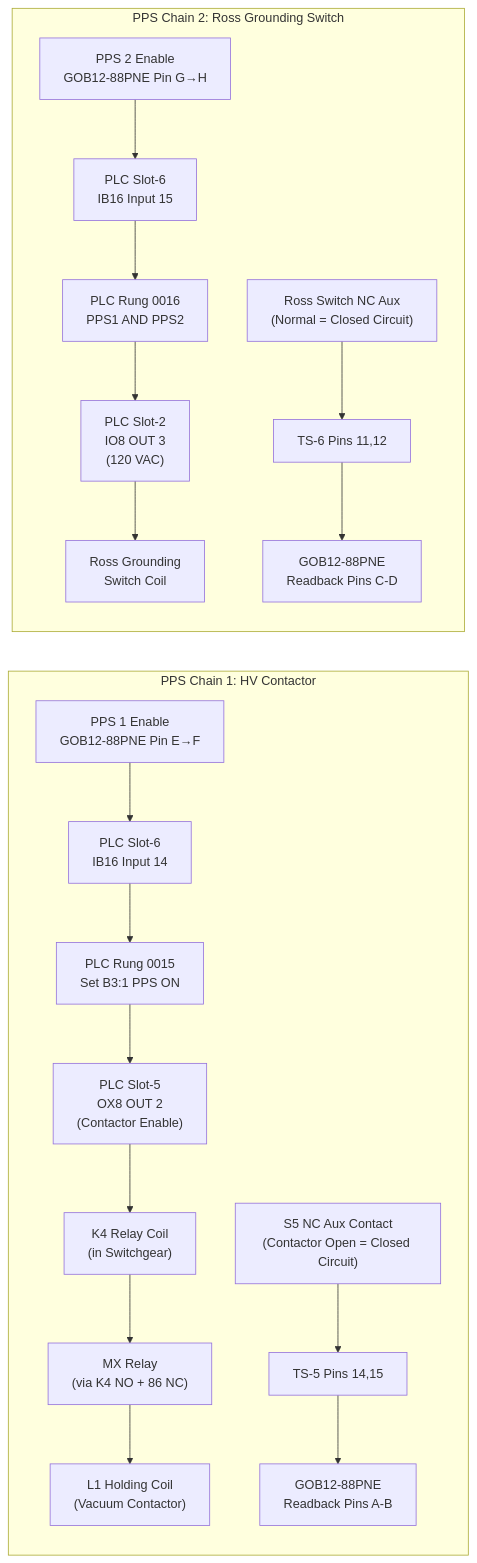
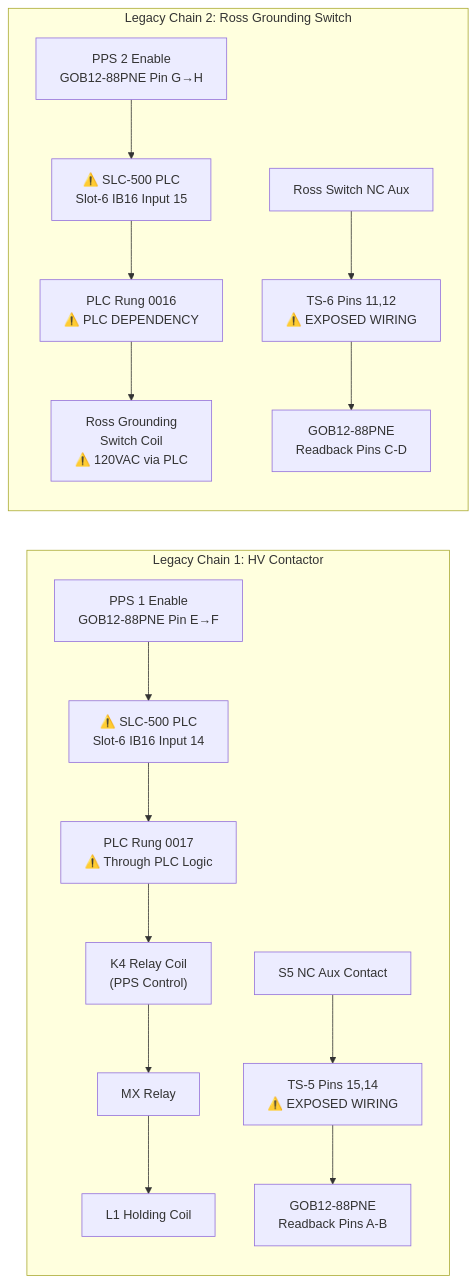
One commit to fayaw/spearlegacyLLRF changed the third of 4 diagrams in pps/diagrams/00_SYSTEM_OVERVIEW.md. Above: the diagram before and after it, drawn with Mermaid. The commit also changed other lines of this file and 3 other files, not shown here.

First line of the commit message:
Comprehensive system analysis: Current legacy + upgrade architecture

````diff
--- a/pps/diagrams/00_SYSTEM_OVERVIEW.md
+++ b/pps/diagrams/00_SYSTEM_OVERVIEW.md
@@ -95,26 +197,24 @@
 ```mermaid
 flowchart LR
-    subgraph CHAIN1["PPS Chain 1: HV Contactor"]
+    subgraph LEGACY_CHAIN1["Legacy Chain 1: HV Contactor"]
         direction TB
-        PPS1_IN["PPS 1 Enable<br/>GOB12-88PNE Pin E→F"] --> SLOT6_IN14["PLC Slot-6<br/>IB16 Input 14"]
-        SLOT6_IN14 --> RUNG0015["PLC Rung 0015<br/>Set B3:1 PPS ON"]
-        RUNG0015 --> SLOT5_OUT2["PLC Slot-5<br/>OX8 OUT 2<br/>(Contactor Enable)"]
-        SLOT5_OUT2 --> K4_COIL["K4 Relay Coil<br/>(in Switchgear)"]
-        K4_COIL --> MX_COIL["MX Relay<br/>(via K4 NO + 86 NC)"]
-        MX_COIL --> L1_HOLD["L1 Holding Coil<br/>(Vacuum Contactor)"]
+        PPS1_LEG["PPS 1 Enable<br/>GOB12-88PNE Pin E→F"] --> PLC_LEG["⚠️ SLC-500 PLC<br/>Slot-6 IB16 Input 14"]
+        PLC_LEG --> RUNG_LEG["PLC Rung 0017<br/>⚠️ Through PLC Logic"]
+        RUNG_LEG --> K4_LEG["K4 Relay Coil<br/>(PPS Control)"]
+        K4_LEG --> MX_LEG["MX Relay"]
+        MX_LEG --> L1_LEG["L1 Holding Coil"]
 
-        S5_NC["S5 NC Aux Contact<br/>(Contactor Open = Closed Circuit)"] --> TS5_14_15["TS-5 Pins 14,15"]
-        TS5_14_15 --> PPS_AB["GOB12-88PNE<br/>Readback Pins A-B"]
+        S5_LEG["S5 NC Aux Contact"] --> TS5_LEG["TS-5 Pins 15,14<br/>⚠️ EXPOSED WIRING"]
+        TS5_LEG --> PPS_AB_LEG["GOB12-88PNE<br/>Readback Pins A-B"]
     end
 
-    subgraph CHAIN2["PPS Chain 2: Ross Grounding Switch"]
+    subgraph LEGACY_CHAIN2["Legacy Chain 2: Ross Grounding Switch"]
         direction TB
-        PPS2_IN["PPS 2 Enable<br/>GOB12-88PNE Pin G→H"] --> SLOT6_IN15["PLC Slot-6<br/>IB16 Input 15"]
-        SLOT6_IN15 --> RUNG0016["PLC Rung 0016<br/>PPS1 AND PPS2"]
-        RUNG0016 --> SLOT2_OUT3["PLC Slot-2<br/>IO8 OUT 3<br/>(120 VAC)"]
-        SLOT2_OUT3 --> ROSS_COIL["Ross Grounding<br/>Switch Coil"]
+        PPS2_LEG["PPS 2 Enable<br/>GOB12-88PNE Pin G→H"] --> PLC2_LEG["⚠️ SLC-500 PLC<br/>Slot-6 IB16 Input 15"]
+        PLC2_LEG --> RUNG2_LEG["PLC Rung 0016<br/>⚠️ PLC DEPENDENCY"]
+        RUNG2_LEG --> ROSS_LEG["Ross Grounding<br/>Switch Coil<br/>⚠️ 120VAC via PLC"]
 
-        ROSS_AUX["Ross Switch NC Aux<br/>(Normal = Closed Circuit)"] --> TS6_11_12["TS-6 Pins 11,12"]
-        TS6_11_12 --> PPS_CD["GOB12-88PNE<br/>Readback Pins C-D"]
+        ROSS_AUX_LEG["Ross Switch NC Aux"] --> TS6_LEG["TS-6 Pins 11,12<br/>⚠️ EXPOSED WIRING"]
+        TS6_LEG --> PPS_CD_LEG["GOB12-88PNE<br/>Readback Pins C-D"]
     end
 ```
````
